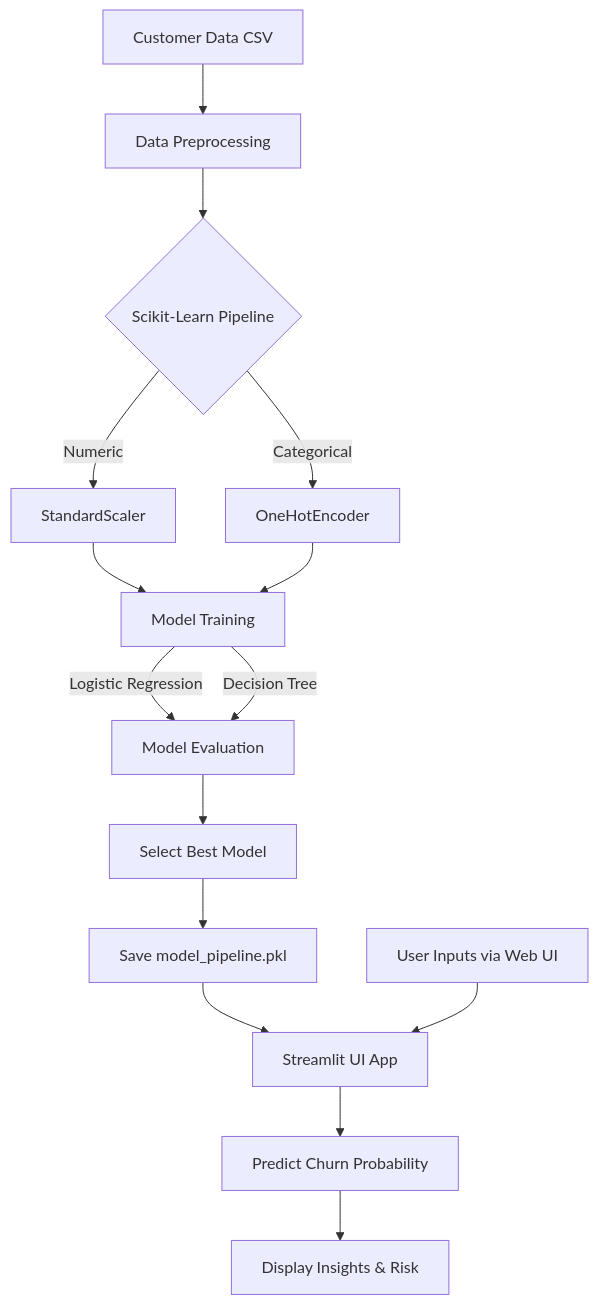
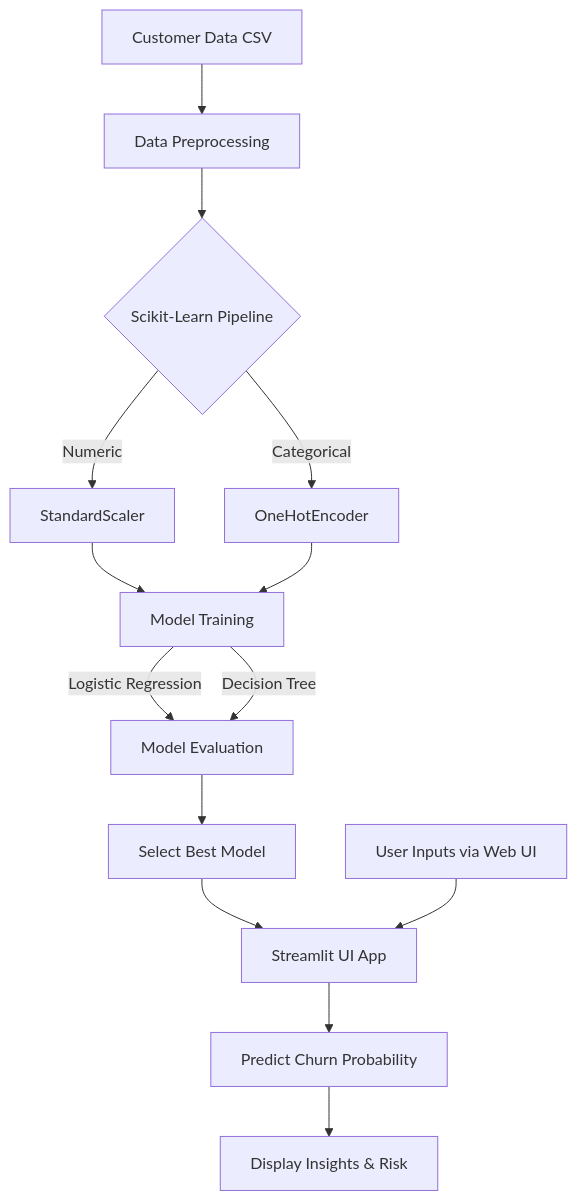
Before and after one commit to Ankitgkp/GEN_AI_MID_TERM: the diagram in README.md, drawn with Mermaid. The commit also changed other lines of this file, not shown here.

````diff
--- a/README.md
+++ b/README.md
@@ -20,18 +22,17 @@
 ```mermaid
 graph TD
     A[Customer Data CSV] --> B[Data Preprocessing]
     B --> C{Scikit-Learn Pipeline}
     C -->|Numeric| D[StandardScaler]
     C -->|Categorical| E[OneHotEncoder]
     D --> F[Model Training]
     E --> F
     F -->|Logistic Regression| G[Model Evaluation]
     F -->|Decision Tree| G
     G --> H[Select Best Model]
-    H --> I[Save model_pipeline.pkl]
-    
-    I --> J[Streamlit UI App]
-    K[User Inputs via Web UI] --> J
-    J --> L[Predict Churn Probability]
-    L --> M[Display Insights & Risk]
+    H --> I[Streamlit UI App]
+
+    J[User Inputs via Web UI] --> I
+    I --> K[Predict Churn Probability]
+    K --> L[Display Insights & Risk]
 ```
````
